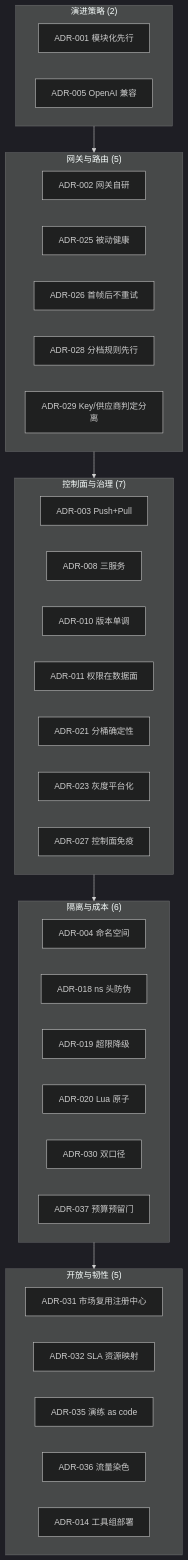
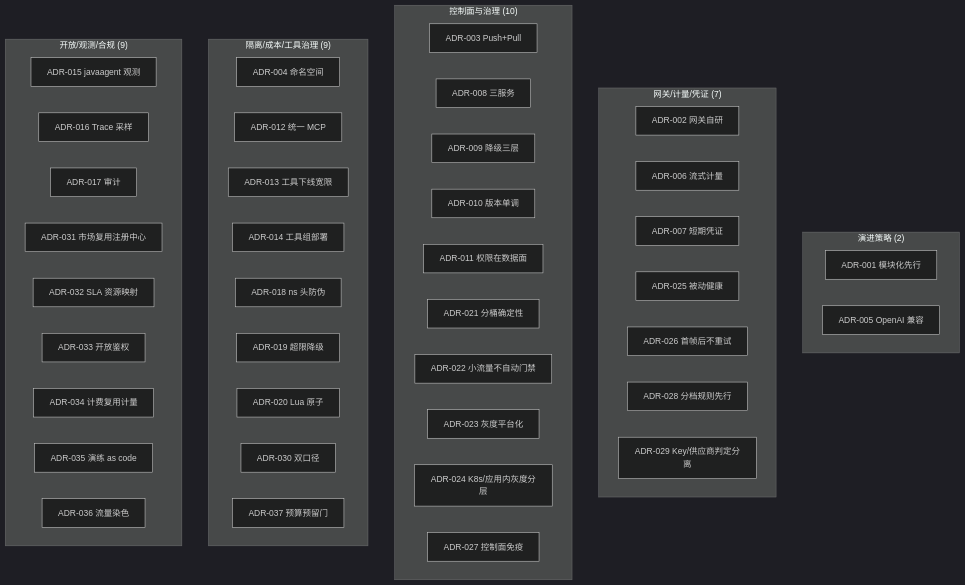
Before and after one commit to UranusGit/java-agent-learn: the second of 4 diagrams in docs/项目/05-企业级Agent中台/13-ADR架构决策记录.md, drawn with Mermaid (dark theme). The commit also changed other lines of this file and 13 other files, not shown here.

````diff
--- a/docs/项目/05-企业级Agent中台/13-ADR架构决策记录.md
+++ b/docs/项目/05-企业级Agent中台/13-ADR架构决策记录.md
@@ -76,40 +76,50 @@
 ```mermaid
 flowchart TB
     subgraph EVOLVE["演进策略 (2)"]
         A1["ADR-001 模块化先行"]
         A2["ADR-005 OpenAI 兼容"]
     end
-    subgraph GWDIM["网关与路由 (5)"]
+    subgraph GWDIM["网关/计量/凭证 (7)"]
         B1["ADR-002 网关自研"]
-        B2["ADR-025 被动健康"]
-        B3["ADR-026 首帧后不重试"]
-        B4["ADR-028 分档规则先行"]
-        B5["ADR-029 Key/供应商判定分离"]
+        B2["ADR-006 流式计量"]
+        B3["ADR-007 短期凭证"]
+        B4["ADR-025 被动健康"]
+        B5["ADR-026 首帧后不重试"]
+        B6["ADR-028 分档规则先行"]
+        B7["ADR-029 Key/供应商判定分离"]
     end
-    subgraph CPD["控制面与治理 (7)"]
+    subgraph CPD["控制面与治理 (10)"]
         C1["ADR-003 Push+Pull"]
         C2["ADR-008 三服务"]
-        C3["ADR-010 版本单调"]
-        C4["ADR-011 权限在数据面"]
-        C5["ADR-021 分桶确定性"]
-        C6["ADR-023 灰度平台化"]
-        C7["ADR-027 控制面免疫"]
+        C3["ADR-009 降级三层"]
+        C4["ADR-010 版本单调"]
+        C5["ADR-011 权限在数据面"]
+        C6["ADR-021 分桶确定性"]
+        C7["ADR-022 小流量不自动门禁"]
+        C8["ADR-023 灰度平台化"]
+        C9["ADR-024 K8s/应用内灰度分层"]
+        C10["ADR-027 控制面免疫"]
     end
-    subgraph ISOL["隔离与成本 (6)"]
+    subgraph ISOL["隔离/成本/工具治理 (9)"]
         D1["ADR-004 命名空间"]
-        D2["ADR-018 ns 头防伪"]
-        D3["ADR-019 超限降级"]
-        D4["ADR-020 Lua 原子"]
-        D5["ADR-030 双口径"]
-        D6["ADR-037 预算预留门"]
+        D2["ADR-012 统一 MCP"]
+        D3["ADR-013 工具下线宽限"]
+        D4["ADR-014 工具组部署"]
+        D5["ADR-018 ns 头防伪"]
+        D6["ADR-019 超限降级"]
+        D7["ADR-020 Lua 原子"]
+        D8["ADR-030 双口径"]
+        D9["ADR-037 预算预留门"]
     end
-    subgraph OPEN["开放与韧性 (5)"]
-        E1["ADR-031 市场复用注册中心"]
-        E2["ADR-032 SLA 资源映射"]
-        E3["ADR-035 演练 as code"]
-        E4["ADR-036 流量染色"]
-        E5["ADR-014 工具组部署"]
+    subgraph OPEN["开放/观测/合规 (9)"]
+        E1["ADR-015 javaagent 观测"]
+        E2["ADR-016 Trace 采样"]
+        E3["ADR-017 审计"]
+        E4["ADR-031 市场复用注册中心"]
+        E5["ADR-032 SLA 资源映射"]
+        E6["ADR-033 开放鉴权"]
+        E7["ADR-034 计费复用计量"]
+        E8["ADR-035 演练 as code"]
+        E9["ADR-036 流量染色"]
     end
-
-    EVOLVE --> GWDIM --> CPD --> ISOL --> OPEN
 ```
````
